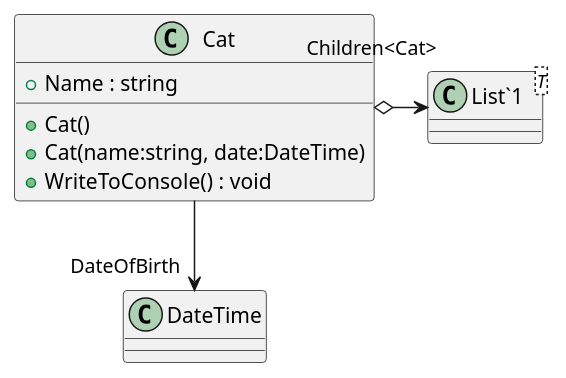
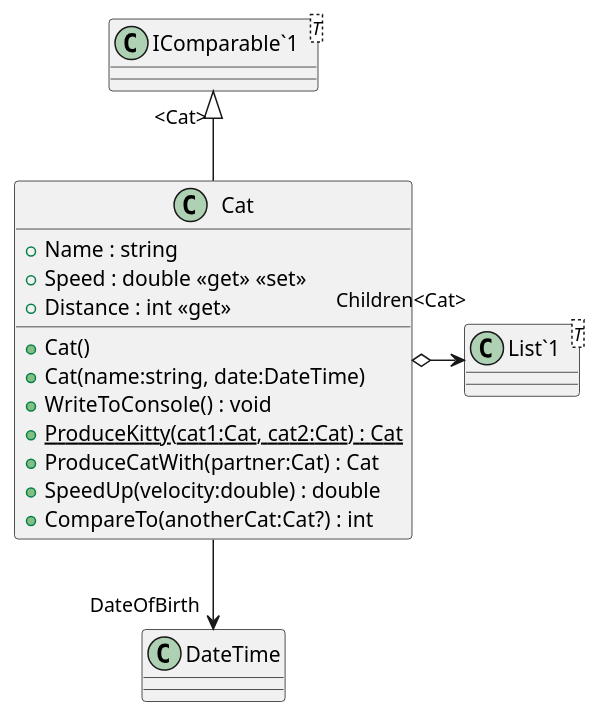
The diagram in plantuml/CRC_CSD-05/PetLibrary/Cat.puml (ffuszthaler/CD_SS23), drawn with PlantUML before and after one commit. The commit also changed 36 other files, not shown here.

```diff
--- a/plantuml/CRC_CSD-05/PetLibrary/Cat.puml
+++ b/plantuml/CRC_CSD-05/PetLibrary/Cat.puml
@@ -1,12 +1,21 @@
 @startuml
 class Cat {
     + Name : string
     + Cat()
     + Cat(name:string, date:DateTime)
     + WriteToConsole() : void
+    + {static} ProduceKitty(cat1:Cat, cat2:Cat) : Cat
+    + ProduceCatWith(partner:Cat) : Cat
+    + Speed : double <<get>> <<set>>
+    + Distance : int <<get>>
+    + SpeedUp(velocity:double) : double
+    + CompareTo(anotherCat:Cat?) : int
+}
+class "IComparable`1"<T> {
 }
 class "List`1"<T> {
 }
+"IComparable`1" "<Cat>" <|-- Cat
 Cat --> "DateOfBirth" DateTime
 Cat o-> "Children<Cat>" "List`1"
 @enduml
```
